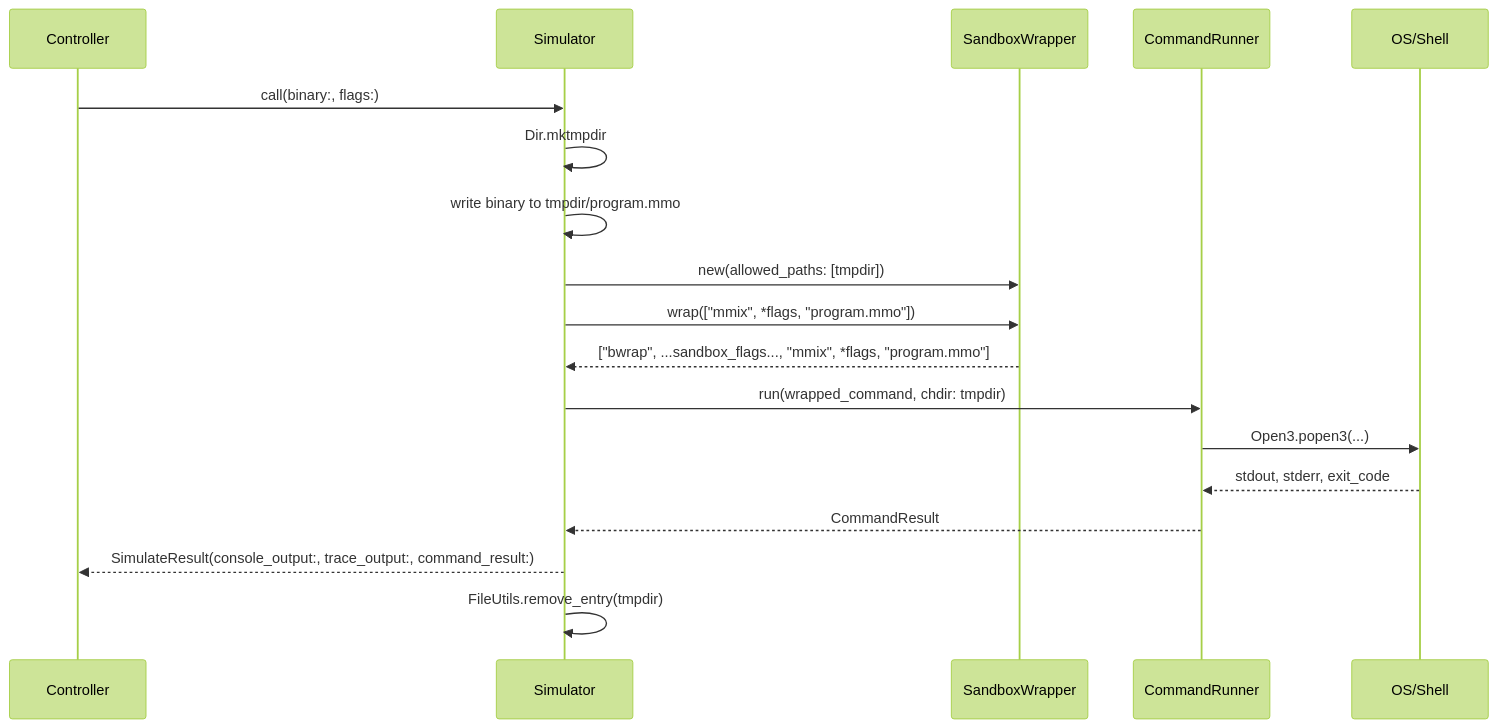
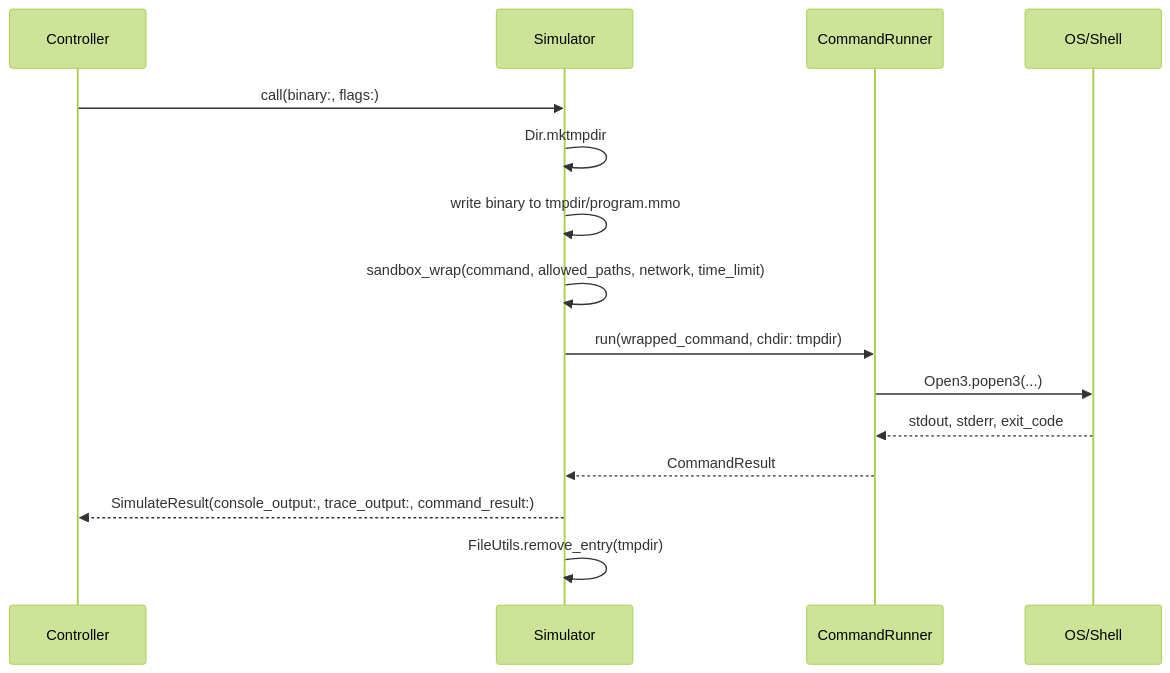
One commit to Wirt4/mmix-simulator changed the third of 6 diagrams in docs/service_architecture.md. Above: the diagram before and after it, drawn with Mermaid (forest theme). The commit also changed other lines of this file, not shown here.

````diff
--- a/docs/service_architecture.md
+++ b/docs/service_architecture.md
@@ -106,21 +105,18 @@
 ```mermaid
 sequenceDiagram
     participant C as Controller
     participant S as Simulator
-    participant SW as SandboxWrapper
     participant CR as CommandRunner
     participant OS as OS/Shell
 
     C->>S: call(binary:, flags:)
     S->>S: Dir.mktmpdir
     S->>S: write binary to tmpdir/program.mmo
-    S->>SW: new(allowed_paths: [tmpdir])
-    S->>SW: wrap(["mmix", *flags, "program.mmo"])
-    SW-->>S: ["bwrap", ...sandbox_flags..., "mmix", *flags, "program.mmo"]
+    S->>S: sandbox_wrap(command, allowed_paths, network, time_limit)
     S->>CR: run(wrapped_command, chdir: tmpdir)
     CR->>OS: Open3.popen3(...)
     OS-->>CR: stdout, stderr, exit_code
     CR-->>S: CommandResult
     S-->>C: SimulateResult(console_output:, trace_output:, command_result:)
     S->>S: FileUtils.remove_entry(tmpdir)
 ```
````
